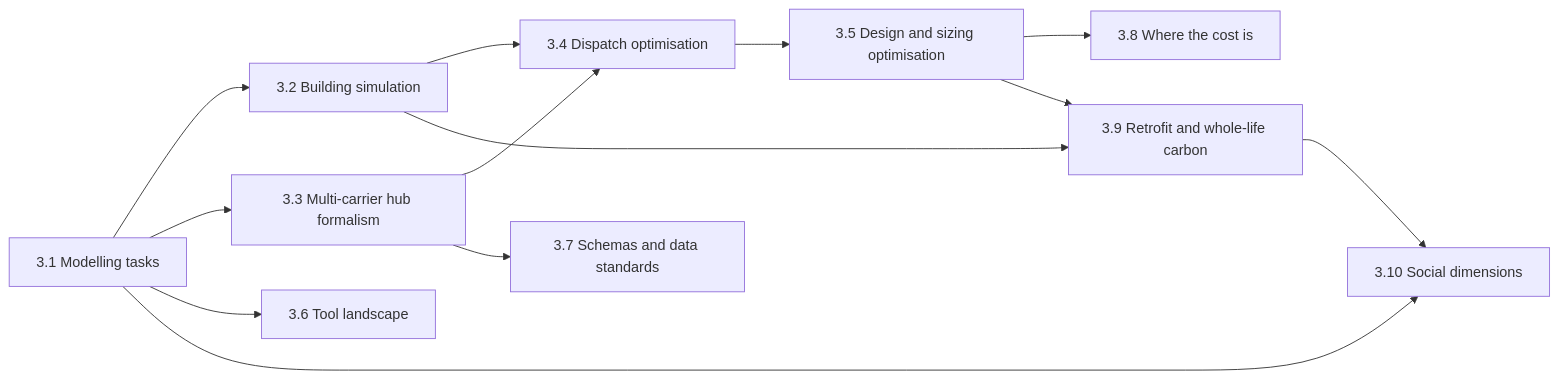
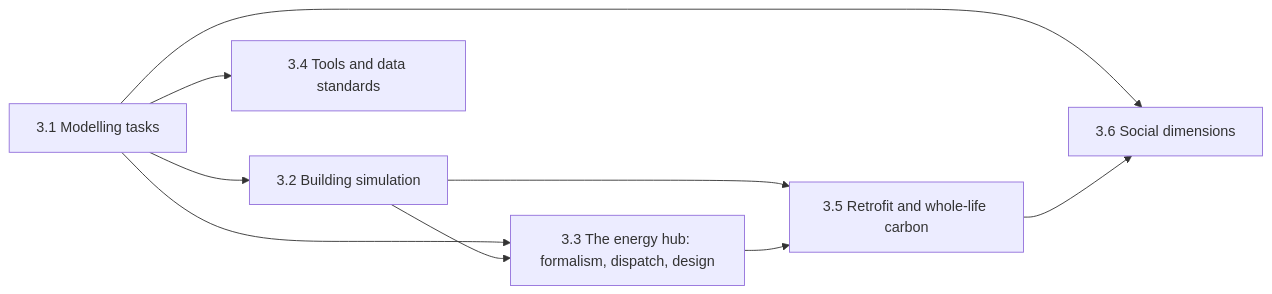
Before and after one commit to BartonChenTW/FM4UES: the diagram in chapter-3-sim-opt/index.md, drawn with Mermaid. The commit also changed other lines of this file and 80 other files, not shown here.

````diff
--- a/chapter-3-sim-opt/index.md
+++ b/chapter-3-sim-opt/index.md
@@ -17,15 +17,11 @@
 ```mermaid
 flowchart LR
     A["3.1 Modelling tasks"] --> B["3.2 Building simulation"]
-    A --> C["3.3 Multi-carrier hub formalism"]
-    B --> D["3.4 Dispatch optimisation"]
-    C --> D
-    D --> E["3.5 Design and sizing optimisation"]
-    A --> F["3.6 Tool landscape"]
-    C --> G["3.7 Schemas and data standards"]
-    E --> H["3.8 Where the cost is"]
-    B --> I["3.9 Retrofit and whole-life carbon"]
-    E --> I
-    A --> J["3.10 Social dimensions"]
-    I --> J
+    A --> C["3.3 The energy hub: formalism, dispatch, design"]
+    B --> C
+    A --> D["3.4 Tools and data standards"]
+    B --> E["3.5 Retrofit and whole-life carbon"]
+    C --> E
+    A --> F["3.6 Social dimensions"]
+    E --> F
 ```
````
